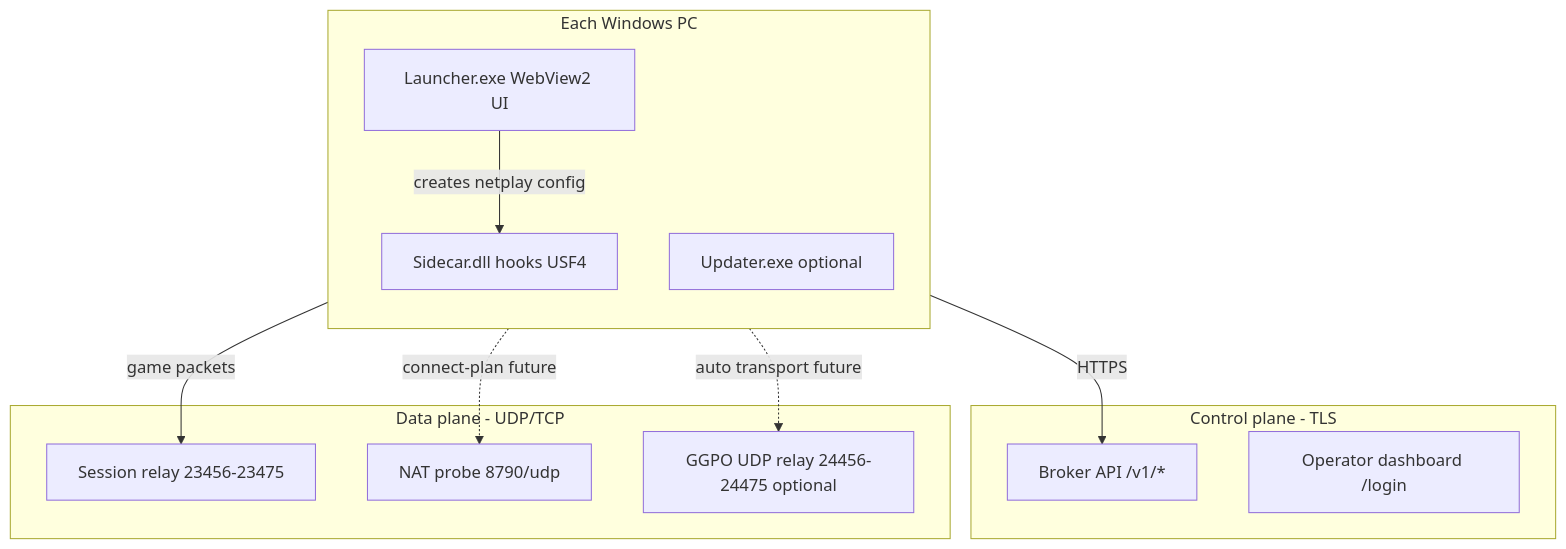
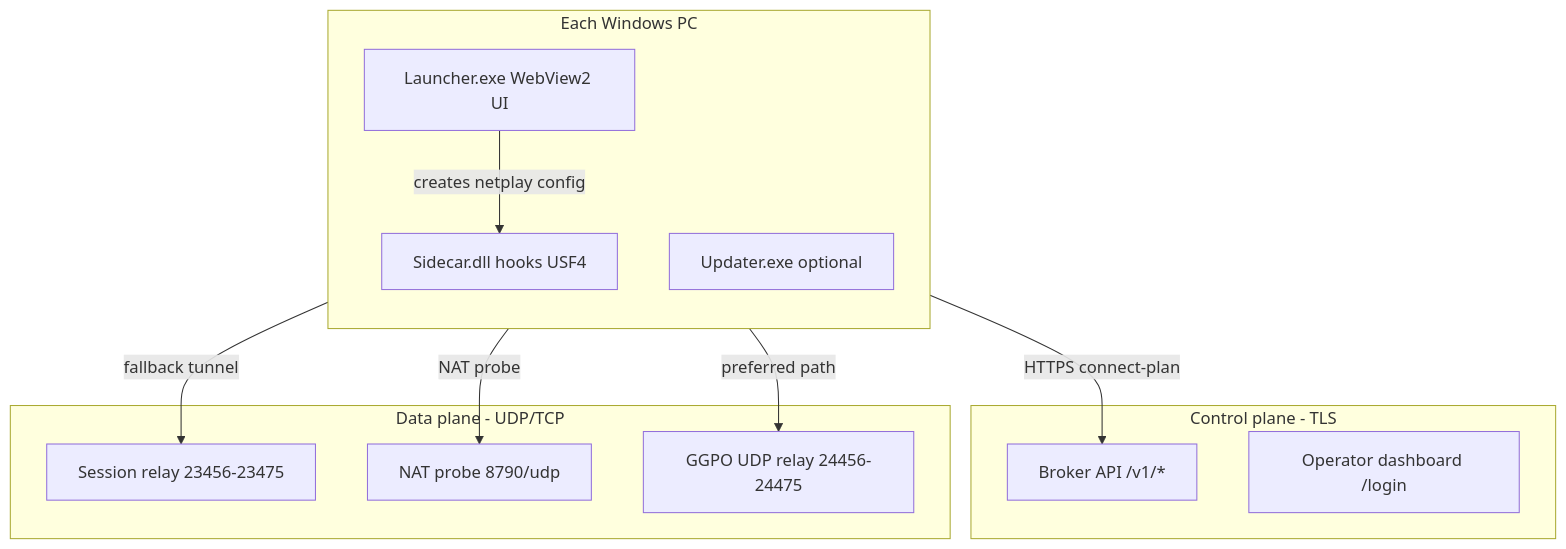
Before and after one commit to Confetti3/SF4-Ember-Netplay: the second of 2 diagrams in README.md, drawn with Mermaid. The commit also changed other lines of this file and 1 other file, not shown here.

First line of the commit message:
Update README for v0.3.1 and auto transport on VPS.

````diff
--- a/README.md
+++ b/README.md
@@ -57,26 +61,26 @@
 ```mermaid
 flowchart TB
   subgraph windows [Each Windows PC]
     direction TB
     L[Launcher.exe WebView2 UI]
     U[Updater.exe optional]
     S[Sidecar.dll hooks USF4]
     L -->|creates netplay config| S
   end
 
   subgraph control [Control plane - TLS]
     B["Broker API /v1/*"]
     D[Operator dashboard /login]
   end
 
   subgraph data [Data plane - UDP/TCP]
     GNS["Session relay 23456-23475"]
     NAT["NAT probe 8790/udp"]
-    GGPO["GGPO UDP relay 24456-24475 optional"]
+    GGPO["GGPO UDP relay 24456-24475"]
   end
 
-  L -->|HTTPS| B
-  S -->|game packets| GNS
-  L -.->|connect-plan future| NAT
-  S -.->|auto transport future| GGPO
+  L -->|HTTPS connect-plan| B
+  L -->|NAT probe| NAT
+  S -->|preferred path| GGPO
+  S -->|fallback tunnel| GNS
 ```
````
